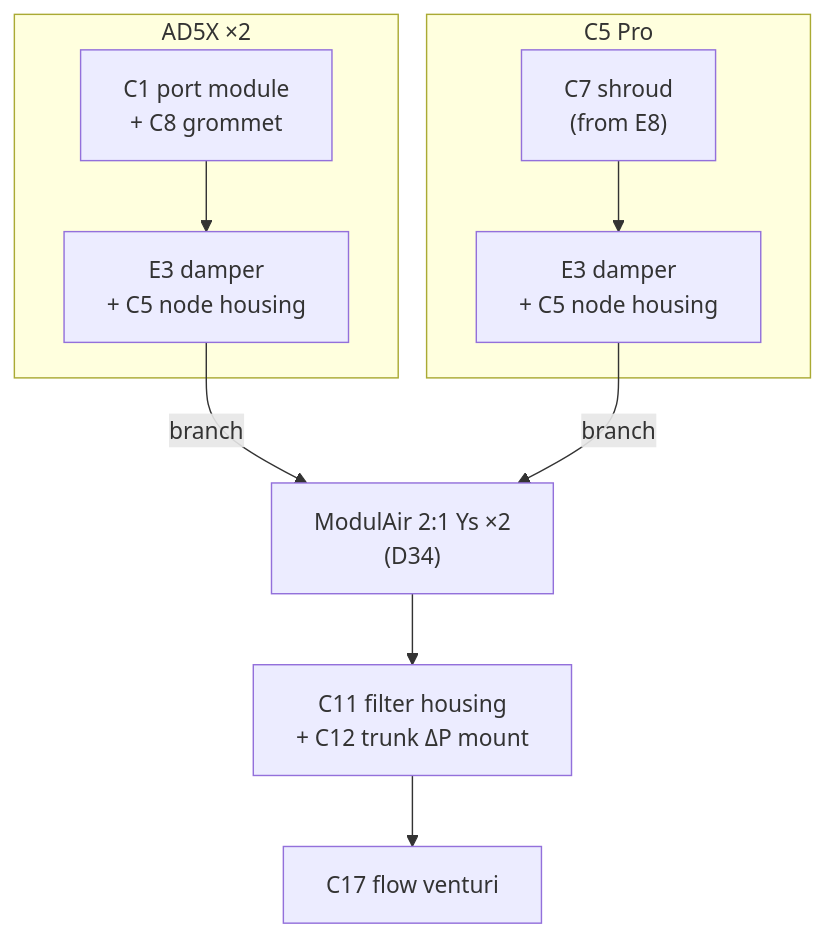
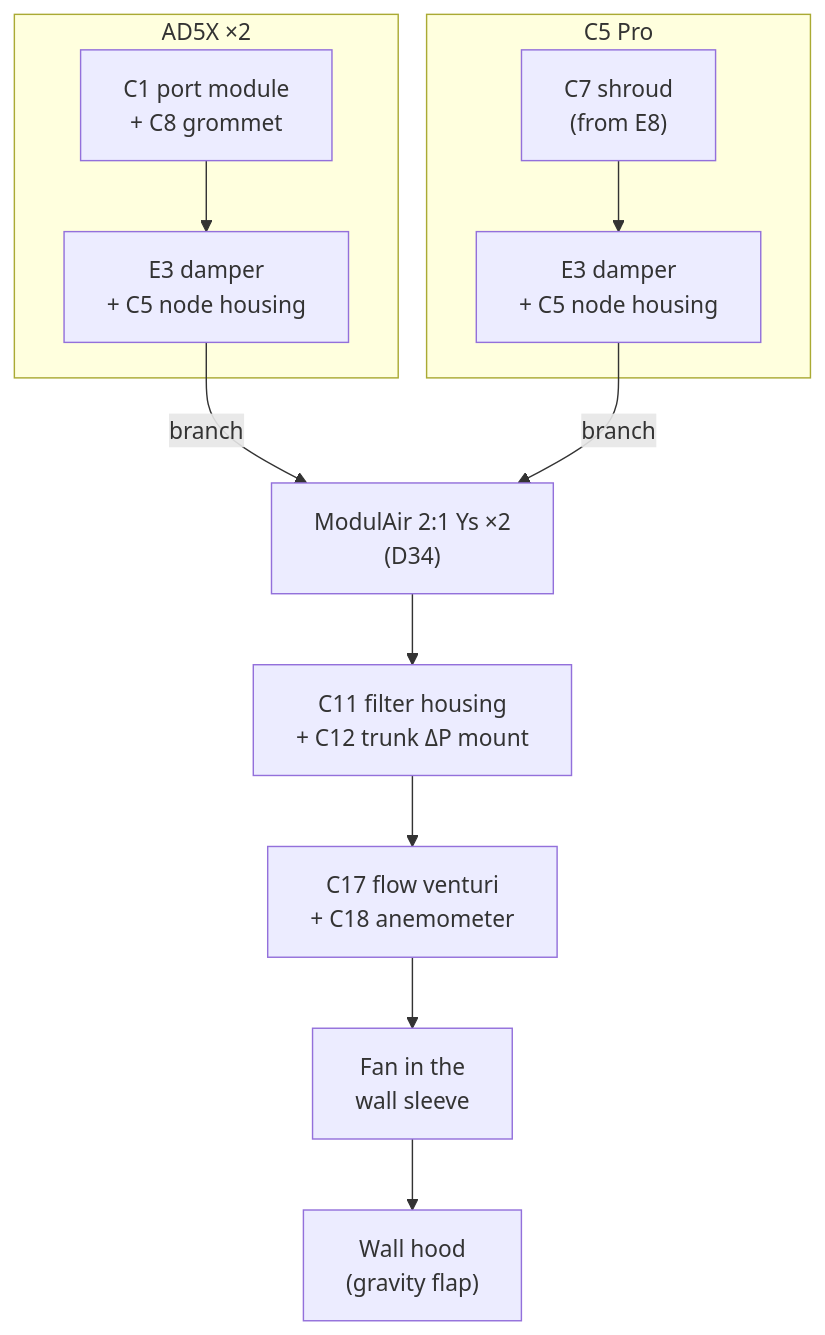
One commit to BashfulBits/3dp-fleet-exhaust changed the first of 4 diagrams in docs/08_printable_catalog.md. Above: the diagram before and after it, drawn with Mermaid. The commit also changed other lines of this file and 10 other files, not shown here.

First line of the commit message:
Docs: add block, flow and layout diagrams; fix stale supply text

````diff
--- a/docs/08_printable_catalog.md
+++ b/docs/08_printable_catalog.md
@@ -23,13 +23,15 @@
 ```mermaid
 flowchart TB
   subgraph ad5x["AD5X ×2"]
     C1["C1 port module<br>+ C8 grommet"] --> E3a["E3 damper<br>+ C5 node housing"]
   end
   subgraph c5pro["C5 Pro"]
     C7["C7 shroud<br>(from E8)"] --> E3b["E3 damper<br>+ C5 node housing"]
   end
   E3a -->|"branch"| C14["ModulAir 2:1 Ys ×2<br>(D34)"]
   E3b -->|"branch"| C14
   C14 --> C11["C11 filter housing<br>+ C12 trunk ΔP mount"]
-  C11 --> C17["C17 flow venturi"]
+  C11 --> C17["C17 flow venturi<br>+ C18 anemometer"]
+  C17 --> FAN["Fan in the<br>wall sleeve"]
+  FAN --> HOOD["Wall hood<br>(gravity flap)"]
 ```
````
